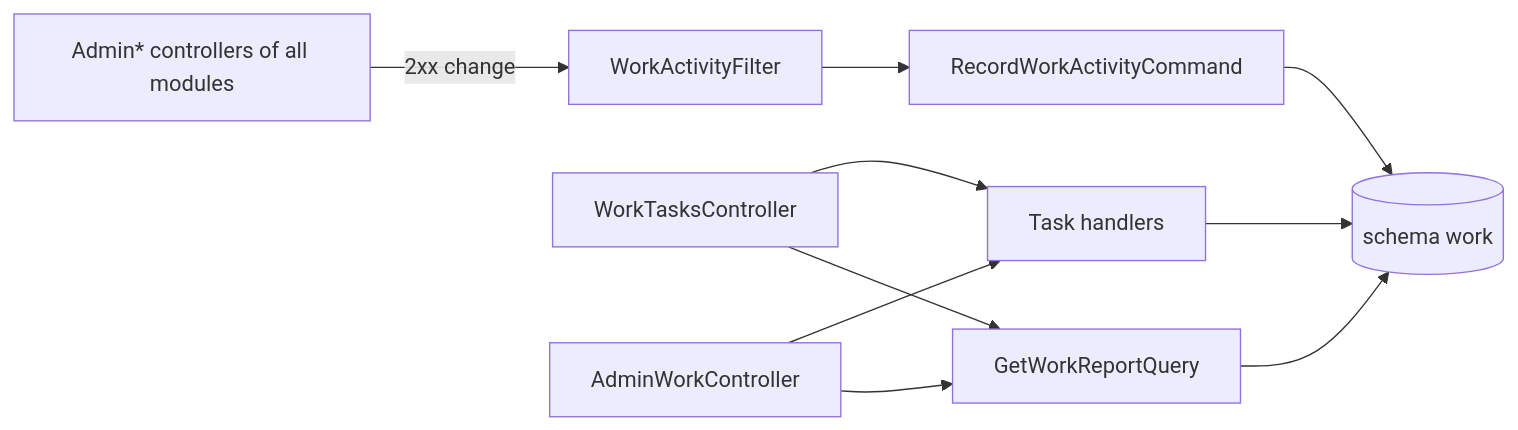
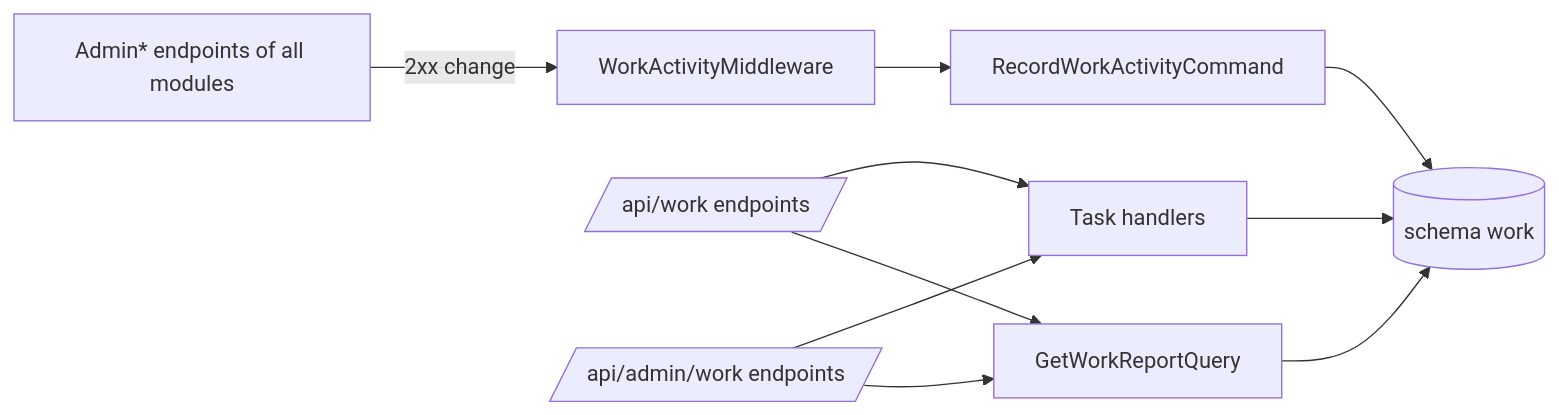
The diagram in docs/sdd/features/work/staff-work.md (Weretik/KedrStore), drawn with Mermaid before and after one commit. The commit also changed other lines of this file and 31 other files, not shown here.

First line of the commit message:
Move the Work module to Minimal API endpoints (#207)

````diff
--- a/docs/sdd/features/work/staff-work.md
+++ b/docs/sdd/features/work/staff-work.md
@@ -43,12 +43,12 @@
 ```mermaid
 flowchart LR
-    Admin[Admin* controllers of all modules] -->|2xx change| Filter[WorkActivityFilter]
+    Admin[Admin* endpoints of all modules] -->|2xx change| Filter[WorkActivityMiddleware]
     Filter --> Record[RecordWorkActivityCommand]
-    Board[WorkTasksController] --> Tasks[Task handlers]
-    AdminWork[AdminWorkController] --> Tasks
+    Board[/api/work endpoints/] --> Tasks[Task handlers]
+    AdminWork[/api/admin/work endpoints/] --> Tasks
     AdminWork --> Report[GetWorkReportQuery]
     Board --> Report
     Record --> Db[(schema work)]
     Tasks --> Db
     Report --> Db
 ```
````
